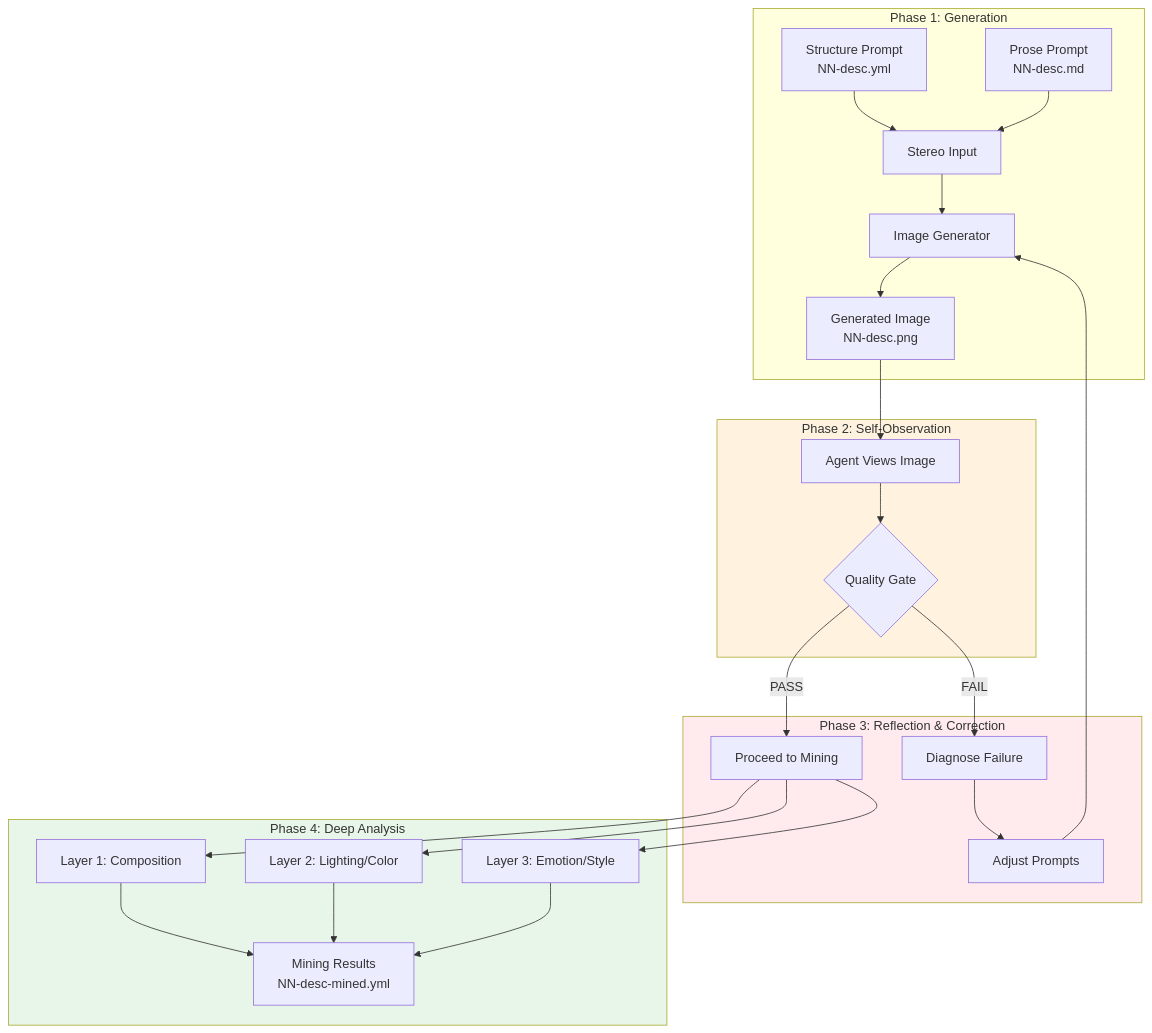
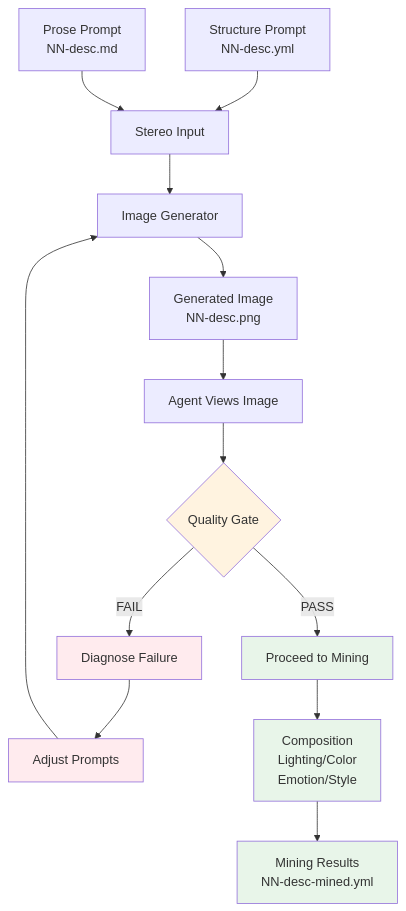
The second of 4 diagrams in designs/emergent-self-observation-2026-01-24.md (SimHacker/moollm), drawn with Mermaid before and after one commit. The commit also changed other lines of this file and 2 other files, not shown here.

Commit message:
Recover deleted catalog entries + mermaid fixes propagated to session doc
Recovered: opensea-financial-risk.yml, deepclaw-liberation-c2.yml
(accidentally deleted during previous pattern-citation update).
Both now have full detected_by citations.

emergent-self-observation-2026-01-24.md: mermaid diagrams now match
self-aware-image-pipeline-explained.md (TB flow, no subgraphs).

````diff
--- a/designs/emergent-self-observation-2026-01-24.md
+++ b/designs/emergent-self-observation-2026-01-24.md
@@ -100,32 +100,22 @@
 ```mermaid
 flowchart TB
-    subgraph GENERATION["Phase 1: Generation"]
-        YML[Structure Prompt<br/>NN-desc.yml] --> COMBINE
-        MD[Prose Prompt<br/>NN-desc.md] --> COMBINE
-        COMBINE[Stereo Input] --> GEN[Image Generator]
-        GEN --> IMAGE[Generated Image<br/>NN-desc.png]
-    end
-    
-    subgraph OBSERVATION["Phase 2: Self-Observation"]
-        IMAGE --> LOOK[Agent Views Image]
-        LOOK --> CHECK{Quality Gate}
-    end
-    
-    subgraph REFLECTION["Phase 3: Reflection & Correction"]
-        CHECK -->|PASS| MINE[Proceed to Mining]
-        CHECK -->|FAIL| DIAGNOSE[Diagnose Failure]
-        DIAGNOSE --> ADJUST[Adjust Prompts]
-        ADJUST --> GEN
-    end
-    
-    subgraph MINING["Phase 4: Deep Analysis"]
-        MINE --> L1[Layer 1: Composition]
-        MINE --> L2[Layer 2: Lighting/Color]
-        MINE --> L3[Layer 3: Emotion/Style]
-        L1 & L2 & L3 --> MINED[Mining Results<br/>NN-desc-mined.yml]
-    end
-    
-    style OBSERVATION fill:#fff3e0
-    style REFLECTION fill:#ffebee
-    style MINING fill:#e8f5e9
+    YML[Structure Prompt<br/>NN-desc.yml] --> COMBINE
+    MD[Prose Prompt<br/>NN-desc.md] --> COMBINE
+    COMBINE[Stereo Input] --> GEN[Image Generator]
+    GEN --> IMAGE[Generated Image<br/>NN-desc.png]
+    IMAGE --> LOOK[Agent Views Image]
+    LOOK --> CHECK{Quality Gate}
+    CHECK -->|FAIL| DIAGNOSE[Diagnose Failure]
+    DIAGNOSE --> ADJUST[Adjust Prompts]
+    ADJUST --> GEN
+    CHECK -->|PASS| MINE[Proceed to Mining]
+    MINE --> LAYERS[Composition<br/>Lighting/Color<br/>Emotion/Style]
+    LAYERS --> MINED[Mining Results<br/>NN-desc-mined.yml]
+
+    style CHECK fill:#fff3e0
+    style DIAGNOSE fill:#ffebee
+    style ADJUST fill:#ffebee
+    style MINE fill:#e8f5e9
+    style LAYERS fill:#e8f5e9
+    style MINED fill:#e8f5e9
 ```
````
